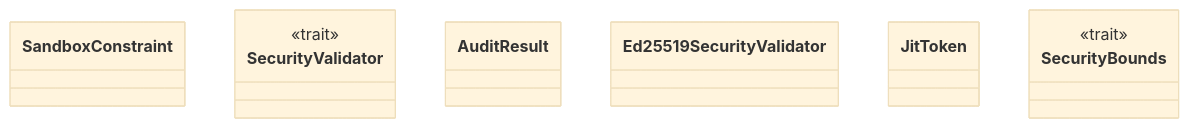
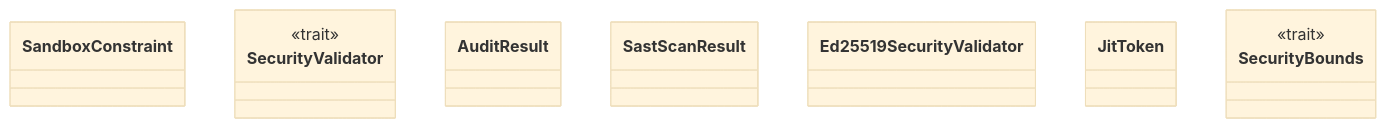
One commit to lgcorzo/rust_CACD_autonomous_factory changed the first of 2 diagrams in wiki/crates_factory-core_src_security.md. Above: the diagram before and after it, drawn with Mermaid (base theme). The commit also changed other lines of this file and 13 other files, not shown here.

````diff
--- a/wiki/crates_factory-core_src_security.md
+++ b/wiki/crates_factory-core_src_security.md
@@ -16,13 +16,14 @@
 ```mermaid
 classDiagram
     class SandboxConstraint
     class SecurityValidator {
         <<trait>>
     }
     class AuditResult
+    class SastScanResult
     class Ed25519SecurityValidator
     class JitToken
     class SecurityBounds {
         <<trait>>
     }
 ```
````
